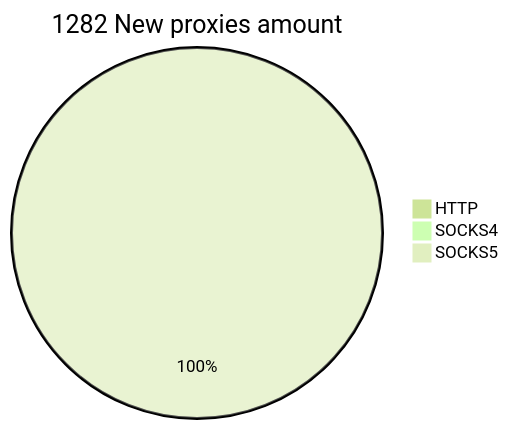
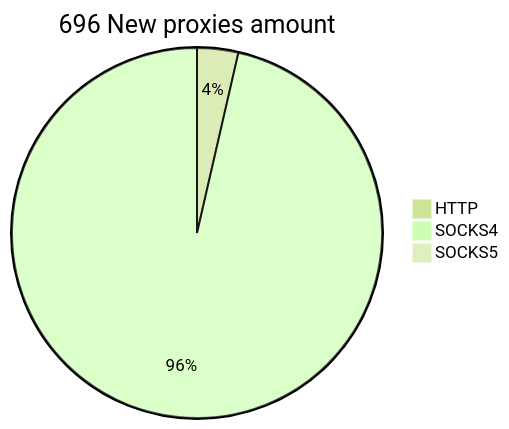
Before and after one commit to cutipu/proxylist: the second of 2 diagrams in README.md, drawn with Mermaid (forest theme). The commit also changed other lines of this file, not shown here.

````diff
--- a/README.md
+++ b/README.md
@@ -10,6 +10,6 @@
 ```mermaid
-pie title 1282 New proxies amount
-    "HTTP" : 0
-    "SOCKS4" : 0
-    "SOCKS5" : 1423
+pie title 696 New proxies amount
+    "HTTP" : 25
+    "SOCKS4" : 671
+    "SOCKS5" : 0
 ```
````
